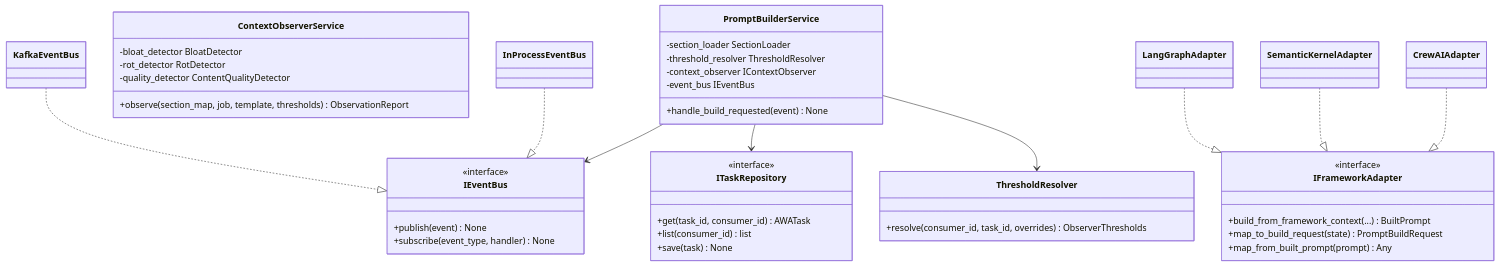
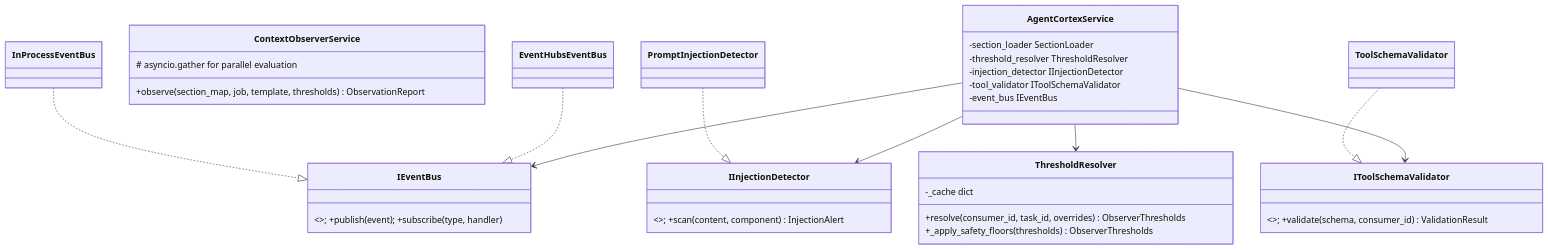
Before and after one commit to Siddharth2908/Prompt_Builder: the second of 4 diagrams in AWA_Agent_Cortex_TDD.md, drawn with Mermaid. The commit also changed other lines of this file, not shown here.

First line of the commit message:
AWA Agent Cortex TDD v4.0.0: FMEA-hardened, Azure-native, strategic positioning

````diff
--- a/AWA_Agent_Cortex_TDD.md
+++ b/AWA_Agent_Cortex_TDD.md
@@ -1460,47 +1635,33 @@
 ```mermaid
 classDiagram
     direction TB
 
-    class IEventBus {
-        <<interface>>
-        +publish(event) None
-        +subscribe(event_type, handler) None
-    }
-    class IFrameworkAdapter {
-        <<interface>>
-        +build_from_framework_context(...) BuiltPrompt
-        +map_to_build_request(state) PromptBuildRequest
-        +map_from_built_prompt(prompt) Any
-    }
-    class ITaskRepository {
-        <<interface>>
-        +get(task_id, consumer_id) AWATask
-        +list(consumer_id) list
-        +save(task) None
-    }
-    class PromptBuilderService {
+    class IEventBus { <<interface>>; +publish(event); +subscribe(type, handler) }
+    class IInjectionDetector { <<interface>>; +scan(content, component) InjectionAlert }
+    class IToolSchemaValidator { <<interface>>; +validate(schema, consumer_id) ValidationResult }
+    class AgentCortexService {
         -section_loader SectionLoader
         -threshold_resolver ThresholdResolver
-        -context_observer IContextObserver
+        -injection_detector IInjectionDetector
+        -tool_validator IToolSchemaValidator
         -event_bus IEventBus
-        +handle_build_requested(event) None
     }
     class ThresholdResolver {
+        -_cache dict
         +resolve(consumer_id, task_id, overrides) ObserverThresholds
+        +_apply_safety_floors(thresholds) ObserverThresholds
     }
     class ContextObserverService {
-        -bloat_detector BloatDetector
-        -rot_detector RotDetector
-        -quality_detector ContentQualityDetector
         +observe(section_map, job, template, thresholds) ObservationReport
+        # asyncio.gather for parallel evaluation
     }
 
-    PromptBuilderService --> IEventBus
-    PromptBuilderService --> ITaskRepository
-    PromptBuilderService --> ThresholdResolver
-    KafkaEventBus ..|> IEventBus
+    AgentCortexService --> IEventBus
+    AgentCortexService --> IInjectionDetector
+    AgentCortexService --> IToolSchemaValidator
+    AgentCortexService --> ThresholdResolver
+    EventHubsEventBus ..|> IEventBus
     InProcessEventBus ..|> IEventBus
-    LangGraphAdapter ..|> IFrameworkAdapter
-    SemanticKernelAdapter ..|> IFrameworkAdapter
-    CrewAIAdapter ..|> IFrameworkAdapter
+    PromptInjectionDetector ..|> IInjectionDetector
+    ToolSchemaValidator ..|> IToolSchemaValidator
 ```
````
